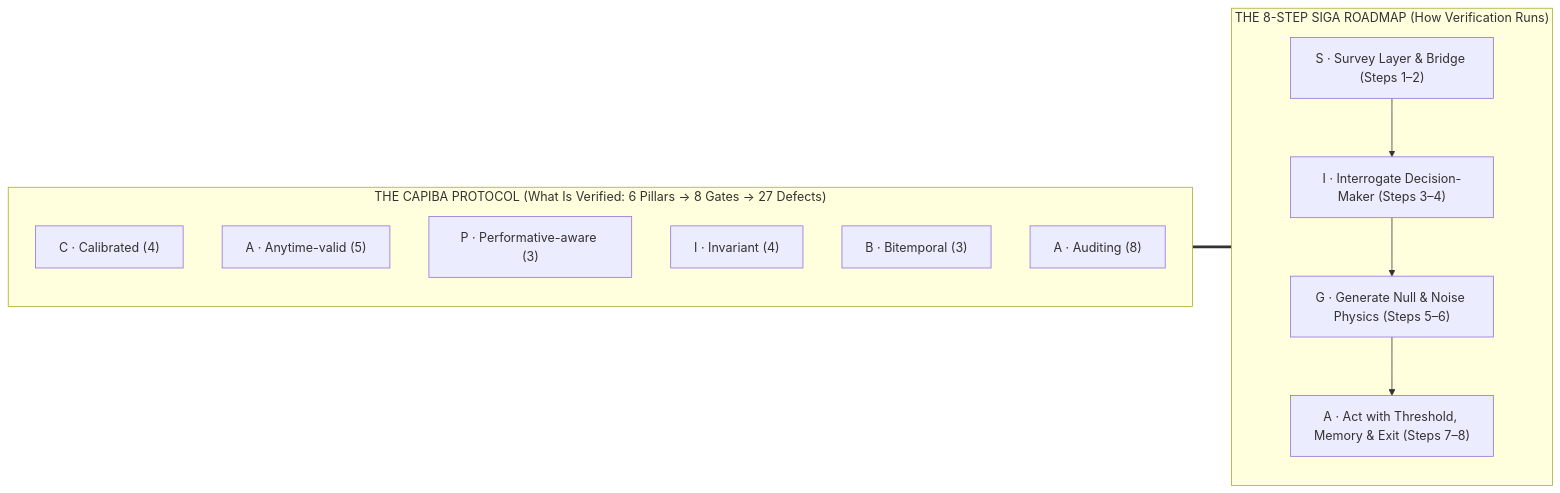
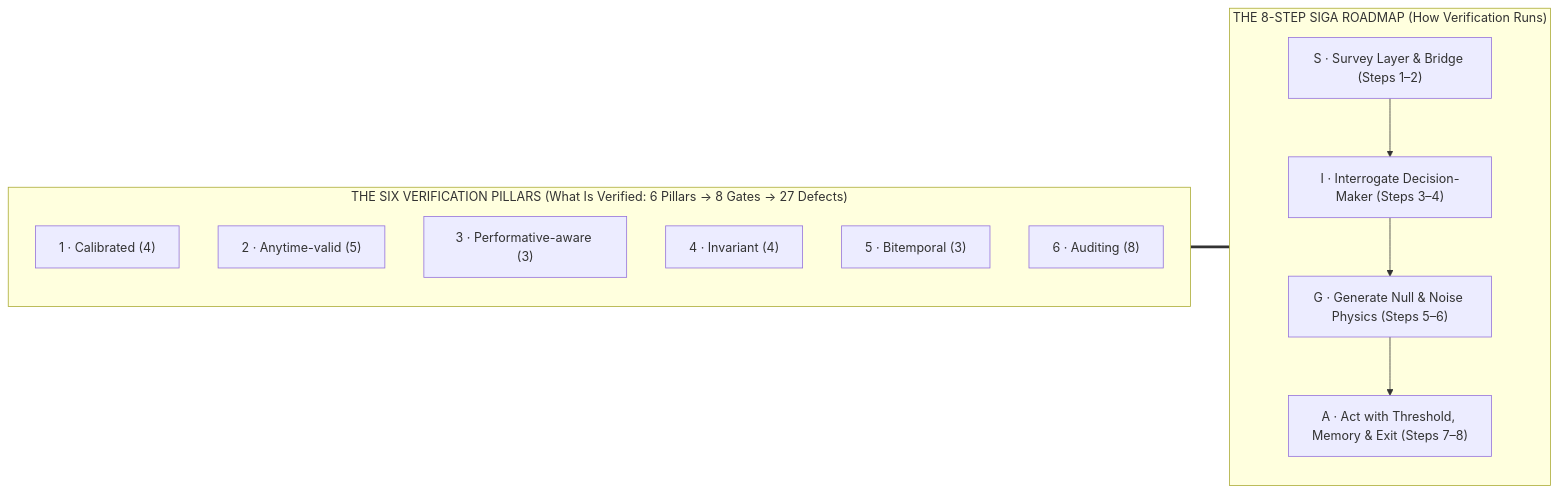
Before and after one commit to 0b3st4f3r4/stochology: the first of 2 diagrams in book-src/00-preface.md, drawn with Mermaid. The commit also changed other lines of this file and 91 other files, not shown here.

````diff
--- a/book-src/00-preface.md
+++ b/book-src/00-preface.md
@@ -204,19 +304,19 @@
 ```mermaid
 flowchart LR
-    subgraph CAPIBA["THE CAPIBA PROTOCOL (What Is Verified: 6 Pillars → 8 Gates → 27 Defects)"]
-        C1["C · Calibrated (4)"]
-        A1["A · Anytime-valid (5)"]
-        P1["P · Performative-aware (3)"]
-        I1["I · Invariant (4)"]
-        B1["B · Bitemporal (3)"]
-        A2["A · Auditing (8)"]
+    subgraph PILLARS["THE SIX VERIFICATION PILLARS (What Is Verified: 6 Pillars → 8 Gates → 27 Defects)"]
+        C1["1 · Calibrated (4)"]
+        A1["2 · Anytime-valid (5)"]
+        P1["3 · Performative-aware (3)"]
+        I1["4 · Invariant (4)"]
+        B1["5 · Bitemporal (3)"]
+        A2["6 · Auditing (8)"]
     end
     subgraph SIGA["THE 8-STEP SIGA ROADMAP (How Verification Runs)"]
         S["S · Survey Layer & Bridge (Steps 1–2)"]
         I["I · Interrogate Decision-Maker (Steps 3–4)"]
         G["G · Generate Null & Noise Physics (Steps 5–6)"]
         A["A · Act with Threshold, Memory & Exit (Steps 7–8)"]
     end
     S --> I --> G --> A
-    CAPIBA === SIGA
+    PILLARS === SIGA
 ```
````
